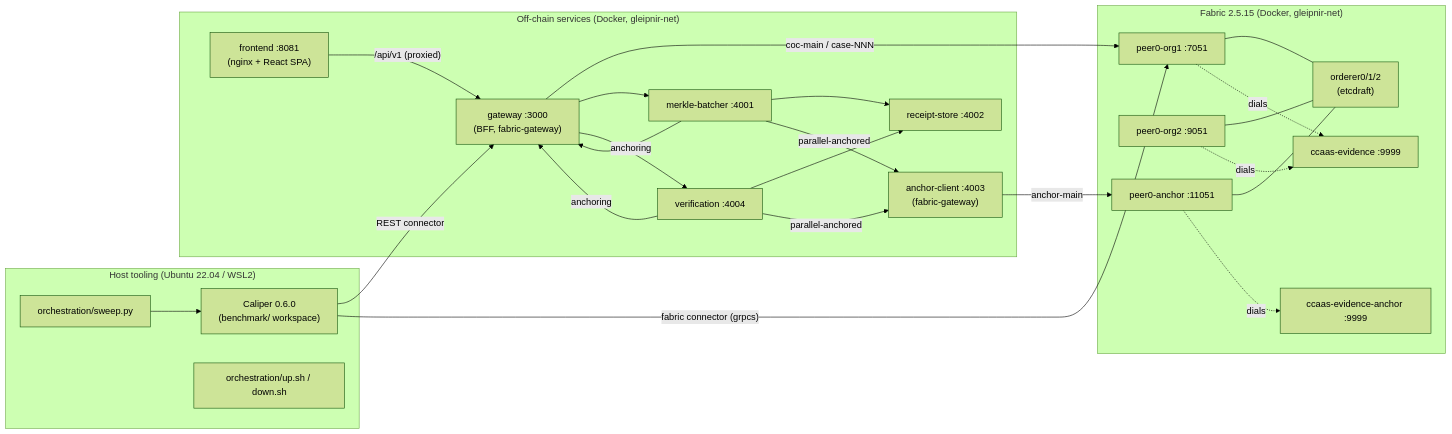
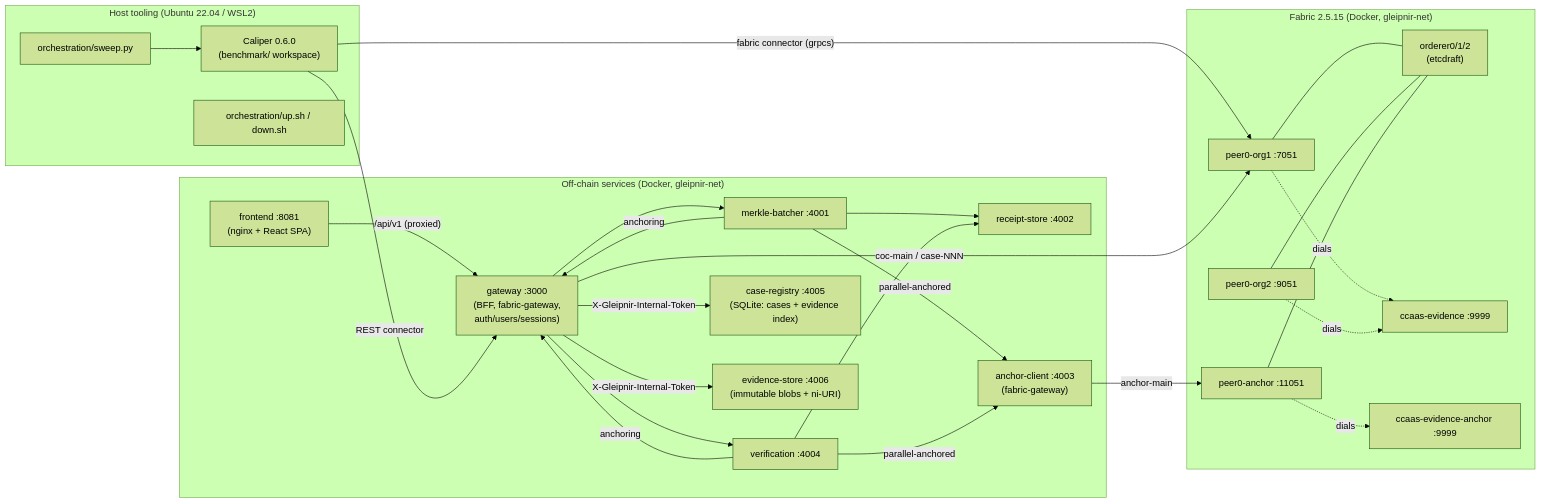
Before and after one commit to theflorist18/GLEIPNIR: the first of 7 diagrams in docs/AS-BUILT.md, drawn with Mermaid (forest theme). The commit also changed other lines of this file and 9 other files, not shown here.

````diff
--- a/docs/AS-BUILT.md
+++ b/docs/AS-BUILT.md
@@ -23,47 +25,51 @@
 ```mermaid
 flowchart LR
     subgraph host["Host tooling (Ubuntu 22.04 / WSL2)"]
         SWEEP["orchestration/sweep.py"]
         CALIPER["Caliper 0.6.0<br/>(benchmark/ workspace)"]
         UP["orchestration/up.sh / down.sh"]
     end
 
     subgraph offchain["Off-chain services (Docker, gleipnir-net)"]
         FE["frontend :8081<br/>(nginx + React SPA)"]
-        GW["gateway :3000<br/>(BFF, fabric-gateway)"]
+        GW["gateway :3000<br/>(BFF, fabric-gateway,<br/>auth/users/sessions)"]
         MB["merkle-batcher :4001"]
         RS["receipt-store :4002"]
         VS["verification :4004"]
         AC["anchor-client :4003<br/>(fabric-gateway)"]
+        CR["case-registry :4005<br/>(SQLite: cases + evidence index)"]
+        ES["evidence-store :4006<br/>(immutable blobs + ni-URI)"]
     end
 
     subgraph fabric["Fabric 2.5.15 (Docker, gleipnir-net)"]
         ORD["orderer0/1/2<br/>(etcdraft)"]
         P1["peer0-org1 :7051"]
         P2["peer0-org2 :9051"]
         PA["peer0-anchor :11051"]
         CC["ccaas-evidence :9999"]
         CCA["ccaas-evidence-anchor :9999"]
     end
 
     FE -->|"/api/v1 (proxied)"| GW
     CALIPER -->|"REST connector"| GW
     CALIPER -->|"fabric connector (grpcs)"| P1
     SWEEP --> CALIPER
     GW -->|"coc-main / case-NNN"| P1
     GW --> MB
     GW --> VS
+    GW -->|"X-Gleipnir-Internal-Token"| CR
+    GW -->|"X-Gleipnir-Internal-Token"| ES
     MB --> RS
     MB -->|"anchoring"| GW
     MB -->|"parallel-anchored"| AC
     VS --> RS
     VS -->|"anchoring"| GW
     VS -->|"parallel-anchored"| AC
     AC -->|"anchor-main"| PA
     P1 --- ORD
     P2 --- ORD
     PA --- ORD
     P1 -.->|dials| CC
     P2 -.->|dials| CC
     PA -.->|dials| CCA
 ```
````
